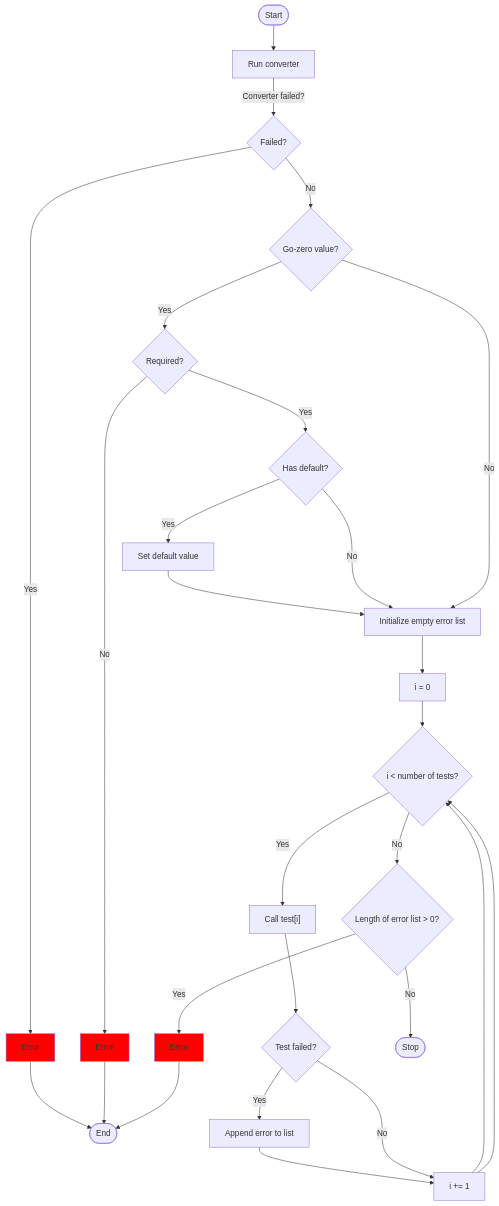
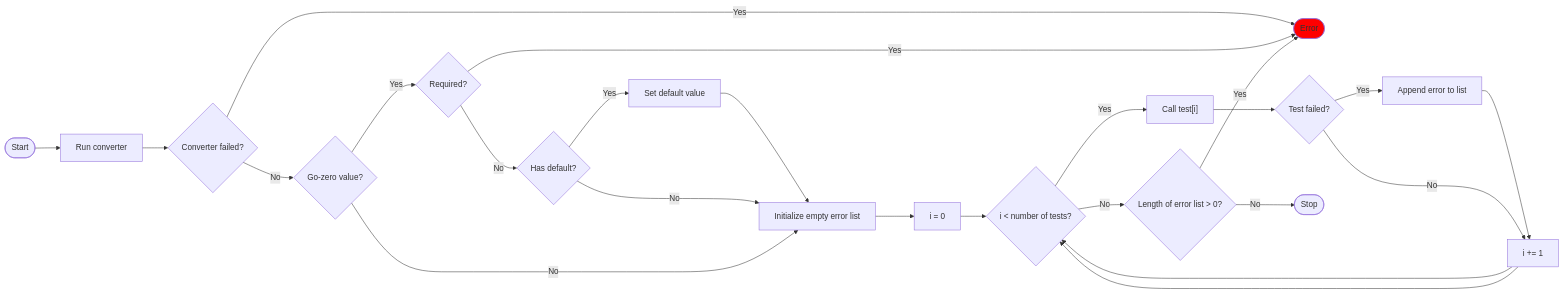
The diagram in README.MD (egsam98/ecto), drawn with Mermaid before and after one commit. The commit also changed 1 other file, not shown here.

Commit message:
fix flowchart

````diff
--- a/README.MD
+++ b/README.MD
@@ -68,32 +68,32 @@
 ```mermaid
-flowchart TD
+flowchart LR
     A([Start]) --> B[Run converter]
 
-    B -->|Converter failed?| C{Failed?}
-    C -->|Yes| D[Error]:::error --> E([End])
+    B --> C{Converter failed?}
+    C -->|Yes| D([Error]):::error
     C -->|No| F{Go-zero value?}
 
     F -->|Yes| G{Required?}
-    G -->|Yes| H{Has default?}
-    G -->|No| I[Error]:::error --> E
+    G -->|No| H{Has default?}
+    G -->|Yes| D
 
     H -->|Yes| J[Set default value] --> K[Initialize empty error list]
     H -->|No| K
 
     F -->|No| K
 
     K --> L[i = 0]
 
     L --> M{i < number of tests?}
     M -->|Yes| N["Call test[i]"]
     
     N --> O{Test failed?}
     O -->|Yes| P[Append error to list] --> Q[i += 1] --> M
     O -->|No| Q --> M
 
     M -->|No| R{Length of error list > 0?}
-    R -->|Yes| S[Error]:::error --> E
+    R -->|Yes| D
     R -->|No| T([Stop])
 
     classDef error fill:#ff0000;
 ```
````
